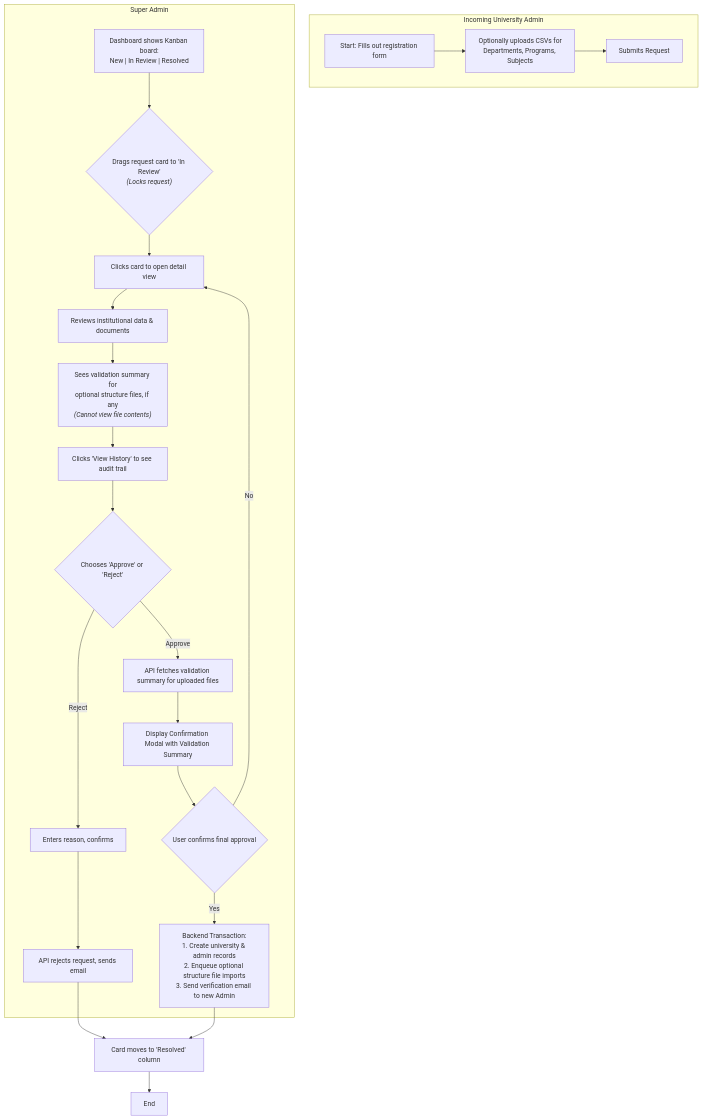
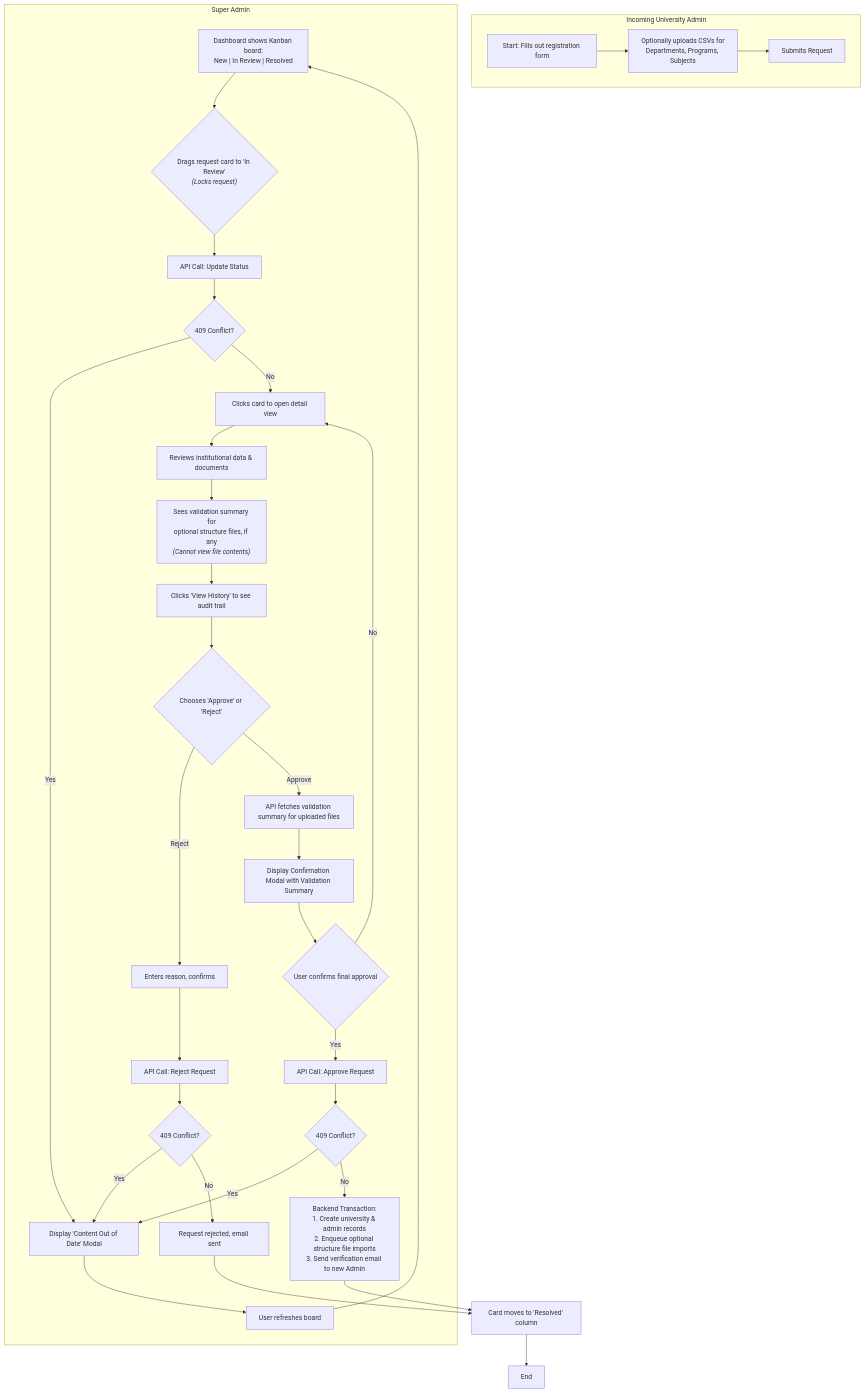
One commit to HunterKart/proficiency-faculty-evaluation changed the eighth of 15 diagrams in docs/front-end-spec.md. Above: the diagram before and after it, drawn with Mermaid. The commit also changed other lines of this file, not shown here.

Commit message:
Updated super admin university onboarding flow
Required specifications for super admin university onboarding were made.

````diff
--- a/docs/front-end-spec.md
+++ b/docs/front-end-spec.md
@@ -363,30 +364,43 @@
 ```mermaid
 flowchart TD
     subgraph IncomingAdmin [Incoming University Admin]
         A[Start: Fills out registration form] --> A1[Optionally uploads CSVs for<br>Departments, Programs, Subjects];
         A1 --> A2[Submits Request];
     end
 
     subgraph SuperAdmin [Super Admin]
         B["Dashboard shows Kanban board:<br>New | In Review | Resolved"] --> C{"Drags request card to 'In Review'<br><i>(Locks request)</i>"};
-        C --> D[Clicks card to open detail view];
+
+        C --> C_API[API Call: Update Status];
+        C_API --> C_Conflict{409 Conflict?};
+        C_Conflict -- Yes --> Show_Modal["Display 'Content Out of Date' Modal"];
+        Show_Modal --> B_Refresh[User refreshes board];
+        B_Refresh --> B;
+
+        C_Conflict -- No --> D[Clicks card to open detail view];
         D --> E[Reviews institutional data & documents];
         E --> F["Sees validation summary for<br>optional structure files, if any<br><i>(Cannot view file contents)</i>"];
         F --> G[Clicks 'View History' to see audit trail];
         G --> H{Chooses 'Approve' or 'Reject'};
 
         H -- Reject --> I[Enters reason, confirms];
-        I --> J[API rejects request, sends email];
+        I --> I_API[API Call: Reject Request];
+        I_API --> I_Conflict{409 Conflict?};
+        I_Conflict -- Yes --> Show_Modal;
+        I_Conflict -- No --> J[Request rejected, email sent];
 
         H -- Approve --> K[API fetches validation summary for uploaded files];
         K --> K2[Display Confirmation Modal with Validation Summary];
         K2 --> K3{User confirms final approval};
 
-        K3 -- Yes --> L[Backend Transaction:<br>1. Create university & admin records<br>2. Enqueue optional structure file imports<br>3. Send verification email to new Admin];
         K3 -- No --> D;
+        K3 -- Yes --> L_API[API Call: Approve Request];
+        L_API --> L_Conflict{409 Conflict?};
+        L_Conflict -- Yes --> Show_Modal;
+        L_Conflict -- No --> L[Backend Transaction:<br>1. Create university & admin records<br>2. Enqueue optional structure file imports<br>3. Send verification email to new Admin];
     end
 
     L --> M[Card moves to 'Resolved' column];
     J --> M;
     M --> N[End];
 ```
````
